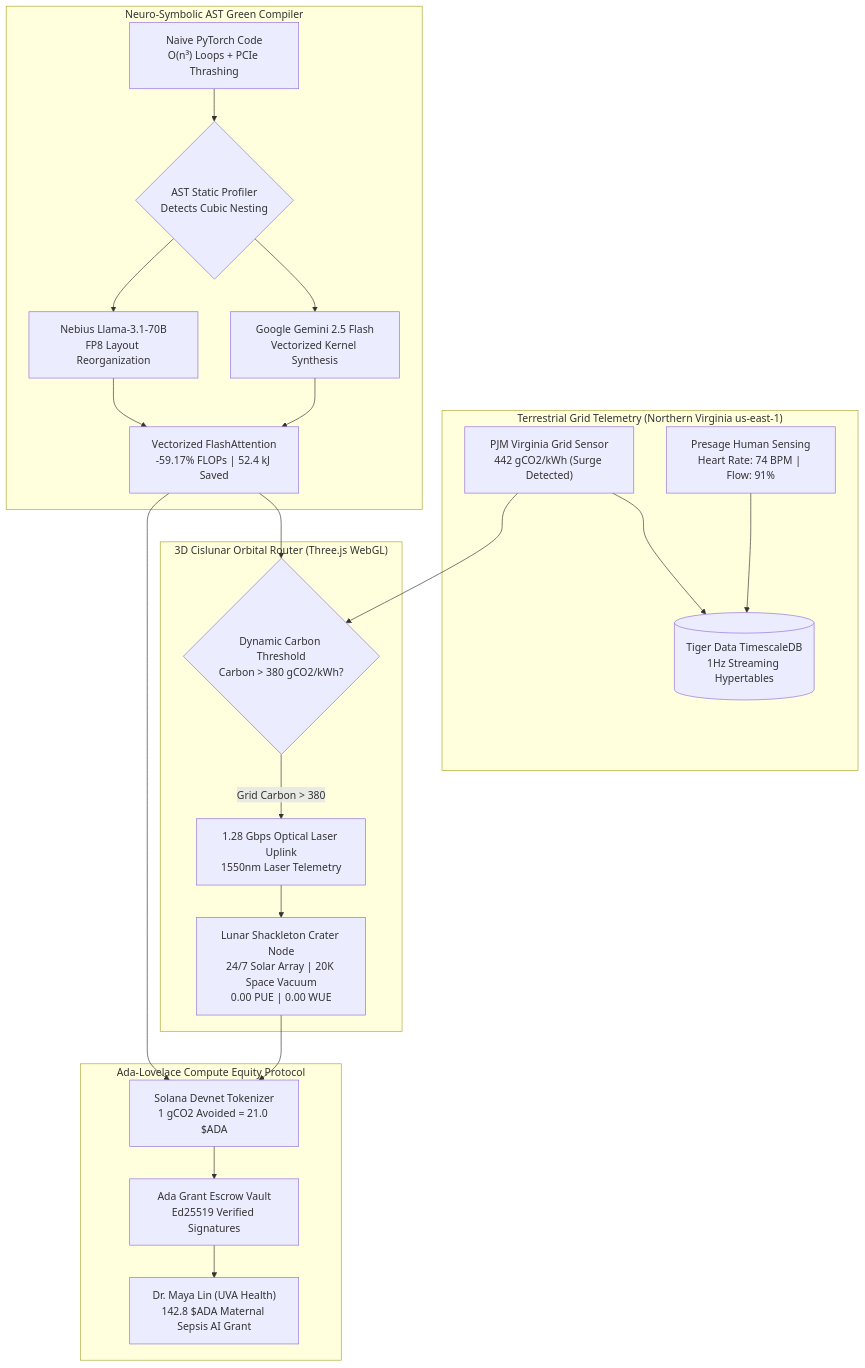
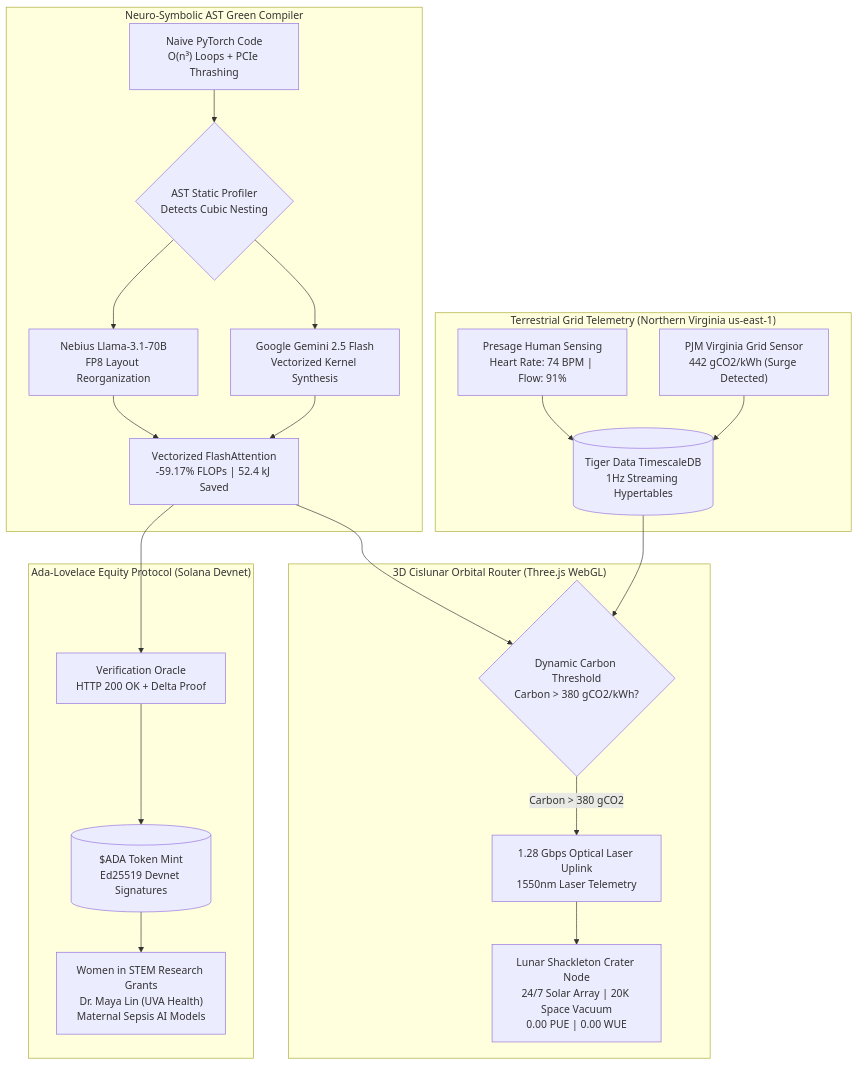
One commit to fokrulanthro16-eng/selene-grid changed the diagram in README.md. Above: the diagram before and after it, drawn with Mermaid. The commit also changed other lines of this file and 2 other files, not shown here.

````diff
--- a/README.md
+++ b/README.md
@@ -40,46 +105,43 @@
 ```mermaid
 flowchart TD
     subgraph Terrestrial ["Terrestrial Grid Telemetry (Northern Virginia us-east-1)"]
         Grid["PJM Virginia Grid Sensor<br/>442 gCO2/kWh (Surge Detected)"]
         Presage["Presage Human Sensing<br/>Heart Rate: 74 BPM | Flow: 91%"]
         TigerData[("Tiger Data TimescaleDB<br/>1Hz Streaming Hypertables")]
     end
 
     subgraph Compiler ["Neuro-Symbolic AST Green Compiler"]
         CodeInput["Naive PyTorch Code<br/>O(n³) Loops + PCIe Thrashing"]
         StaticProfiler{"AST Static Profiler<br/>Detects Cubic Nesting"}
         GeminiEngine["Google Gemini 2.5 Flash<br/>Vectorized Kernel Synthesis"]
         NebiusEngine["Nebius Llama-3.1-70B<br/>FP8 Layout Reorganization"]
         OptimizedKernel["Vectorized FlashAttention<br/>-59.17% FLOPs | 52.4 kJ Saved"]
     end
 
     subgraph Cislunar ["3D Cislunar Orbital Router (Three.js WebGL)"]
         LaserRouter{"Dynamic Carbon Threshold<br/>Carbon > 380 gCO2/kWh?"}
         LaserBeam["1.28 Gbps Optical Laser Uplink<br/>1550nm Laser Telemetry"]
         LunarNode["Lunar Shackleton Crater Node<br/>24/7 Solar Array | 20K Space Vacuum<br/>0.00 PUE | 0.00 WUE"]
     end
 
-    subgraph Solana ["Ada-Lovelace Compute Equity Protocol"]
-        TokenFactory["Solana Devnet Tokenizer<br/>1 gCO2 Avoided = 21.0 $ADA"]
-        GrantVault["Ada Grant Escrow Vault<br/>Ed25519 Verified Signatures"]
-        Recipient["Dr. Maya Lin (UVA Health)<br/>142.8 $ADA Maternal Sepsis AI Grant"]
+    subgraph Equity ["Ada-Lovelace Equity Protocol (Solana Devnet)"]
+        MintTrigger["Verification Oracle<br/>HTTP 200 OK + Delta Proof"]
+        SolanaVault[("$ADA Token Mint<br/>Ed25519 Devnet Signatures")]
+        GrantPool["Women in STEM Research Grants<br/>Dr. Maya Lin (UVA Health)<br/>Maternal Sepsis AI Models"]
     end
 
     Grid --> TigerData
     Presage --> TigerData
-    Grid --> LaserRouter
+    TigerData --> LaserRouter
     CodeInput --> StaticProfiler
     StaticProfiler --> GeminiEngine
     StaticProfiler --> NebiusEngine
     GeminiEngine --> OptimizedKernel
     NebiusEngine --> OptimizedKernel
-
     OptimizedKernel --> LaserRouter
-    LaserRouter -- "Grid Carbon > 380" --> LaserBeam
+    LaserRouter -- "Carbon > 380 gCO2" --> LaserBeam
     LaserBeam --> LunarNode
-
-    OptimizedKernel --> TokenFactory
-    LunarNode --> TokenFactory
-    TokenFactory --> GrantVault
-    GrantVault --> Recipient
+    OptimizedKernel --> MintTrigger
+    MintTrigger --> SolanaVault
+    SolanaVault --> GrantPool
 ```
````
